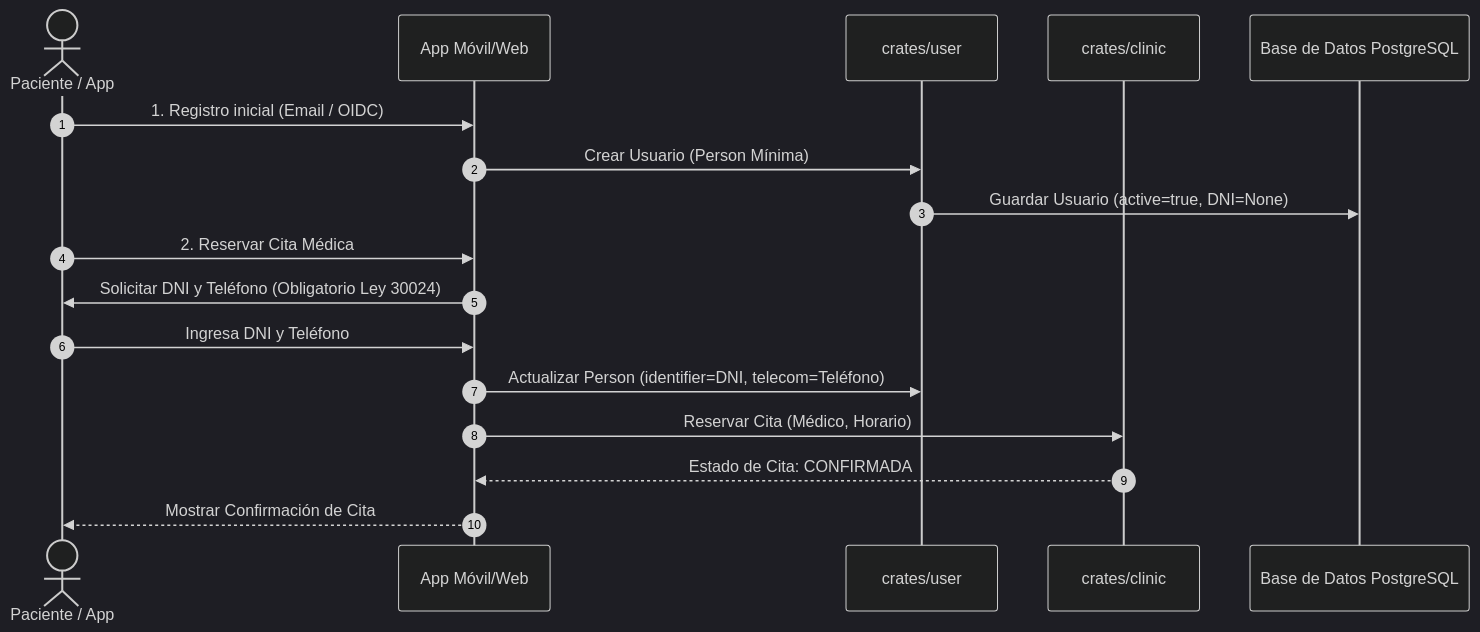
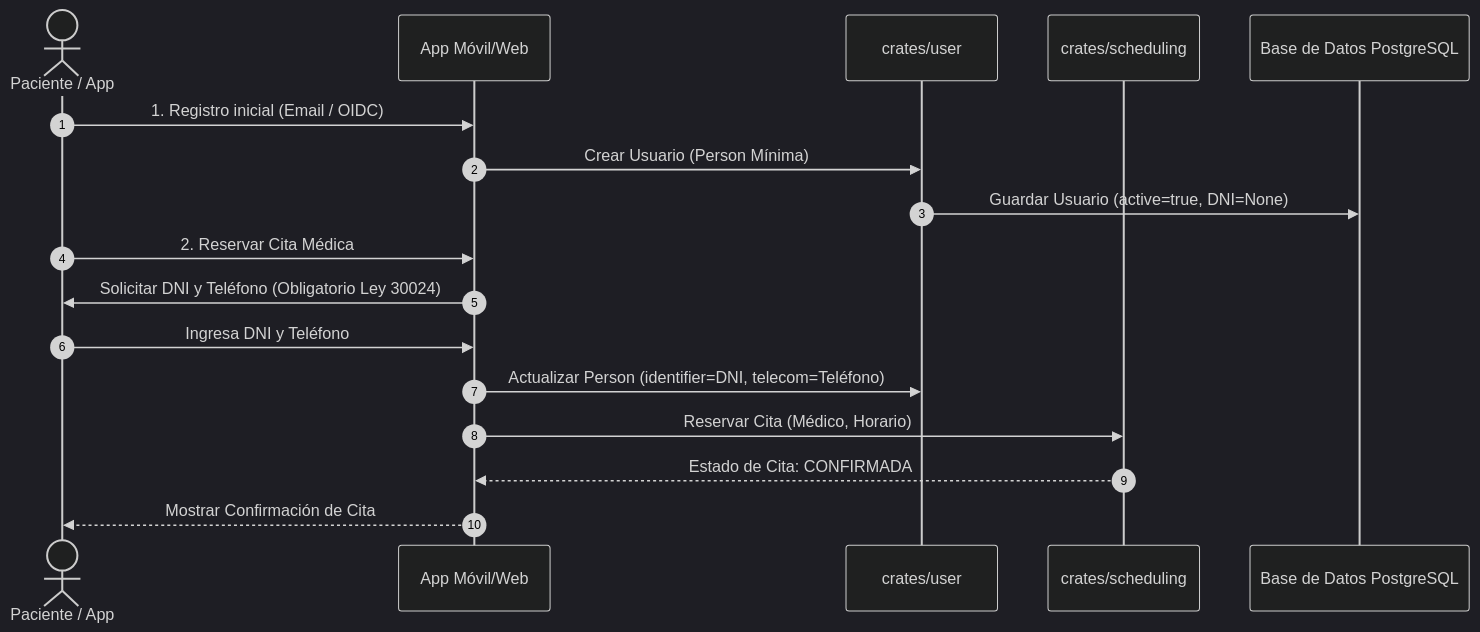
One commit to mamba-black/my-health-record changed the second of 19 diagrams in backend/AGENTS.md. Above: the diagram before and after it, drawn with Mermaid (dark theme). The commit also changed other lines of this file and 1 other file, not shown here.

````diff
--- a/backend/AGENTS.md
+++ b/backend/AGENTS.md
@@ -66,21 +267,21 @@
 ```mermaid
 sequenceDiagram
     autonumber
     actor Patient as Paciente / App
     participant App as App Móvil/Web
     participant UserDomain as crates/user
-    participant ClinicDomain as crates/clinic
+    participant SchedDomain as crates/scheduling
     participant DB as Base de Datos PostgreSQL
 
     Patient->>App: 1. Registro inicial (Email / OIDC)
     App->>UserDomain: Crear Usuario (Person Mínima)
     UserDomain->>DB: Guardar Usuario (active=true, DNI=None)
 
     Patient->>App: 2. Reservar Cita Médica
     App->>Patient: Solicitar DNI y Teléfono (Obligatorio Ley 30024)
     Patient->>App: Ingresa DNI y Teléfono
     App->>UserDomain: Actualizar Person (identifier=DNI, telecom=Teléfono)
-    App->>ClinicDomain: Reservar Cita (Médico, Horario)
-    ClinicDomain-->>App: Estado de Cita: CONFIRMADA
+    App->>SchedDomain: Reservar Cita (Médico, Horario)
+    SchedDomain-->>App: Estado de Cita: CONFIRMADA
     App-->>Patient: Mostrar Confirmación de Cita
 ```
````
